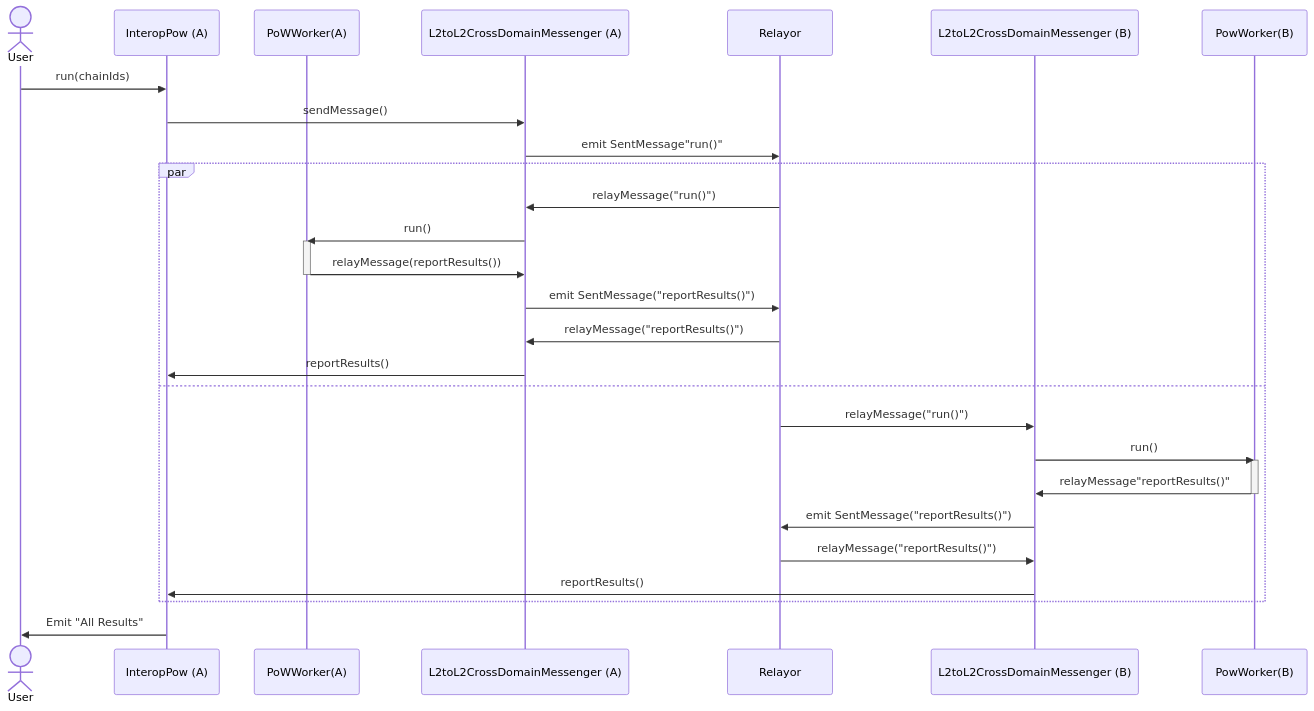
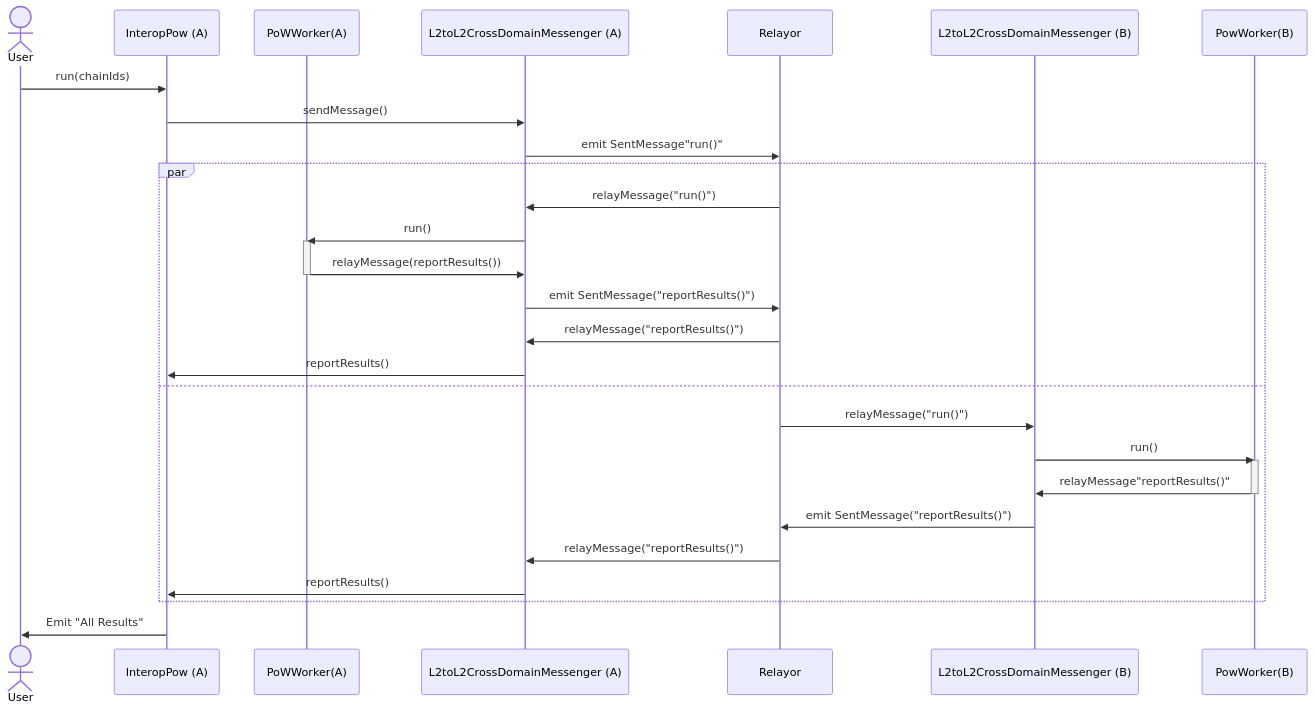
The diagram in README.md (geoknee/interop-pow), drawn with Mermaid before and after one commit.

````diff
--- a/README.md
+++ b/README.md
@@ -8,34 +8,34 @@
 ```mermaid
 sequenceDiagram
 		actor U as User
 		participant IP as InteropPow (A)
 		participant Wa as PoWWorker(A)
 		participant xA as L2toL2CrossDomainMessenger (A)
     participant R as Relayor
     participant xB as L2toL2CrossDomainMessenger (B)
     participant Wb as PowWorker(B)
       U ->> IP: run(chainIds)
       IP->>xA: sendMessage()
       xA->>R: emit SentMessage"run()"
     par
       R->>xA: relayMessage("run()")
       xA->>Wa: run()
       activate Wa
         Wa ->> xA: relayMessage(reportResults())
       deactivate Wa      
       xA ->> R: emit SentMessage("reportResults()")
       R->> xA: relayMessage("reportResults()")
       xA->>IP: reportResults()
     and
       R->> xB: relayMessage("run()")
       xB->>Wb: run()
       activate Wb
         Wb->>xB: relayMessage"reportResults()"
       deactivate Wb
       xB ->> R: emit SentMessage("reportResults()")
-      R->> xB: relayMessage("reportResults()")
-      xB->>IP: reportResults()
+      R->> xA: relayMessage("reportResults()")
+      xA->>IP: reportResults()
     end
 		
 		IP->>U: Emit "All Results" 
 ```
````
